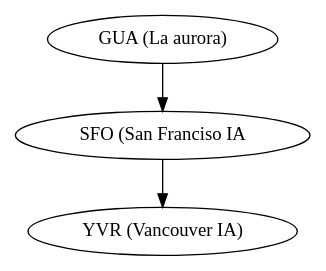
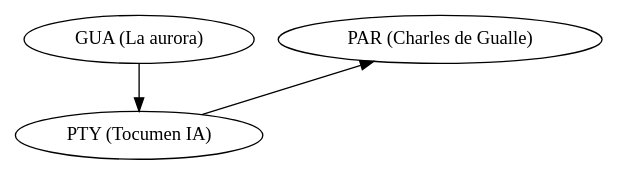
Before and after one commit to Tuki1077/Proyecto-reservacion-de-boletos: the diagram in doctest-output/Flights-routes.gv, drawn with Graphviz. The commit also changed 2 other files, not shown here.

```diff
--- a/doctest-output/Flights-routes.gv
+++ b/doctest-output/Flights-routes.gv
@@ -1,8 +1,8 @@
 // Flight routes
 digraph {
-	V [label="YVR (Vancouver IA)"]
-	S [label="SFO (San Franciso IA"]
-	G [label="GUA (La aurora)"]
-	S -> V
-	G -> S
+	A [label="GUA (La aurora)"]
+	B [label="PTY (Tocumen IA)"]
+	L [label="PAR (Charles de Gualle)"]
+	A -> B
+	B -> L [constraint=false]
 }
```
